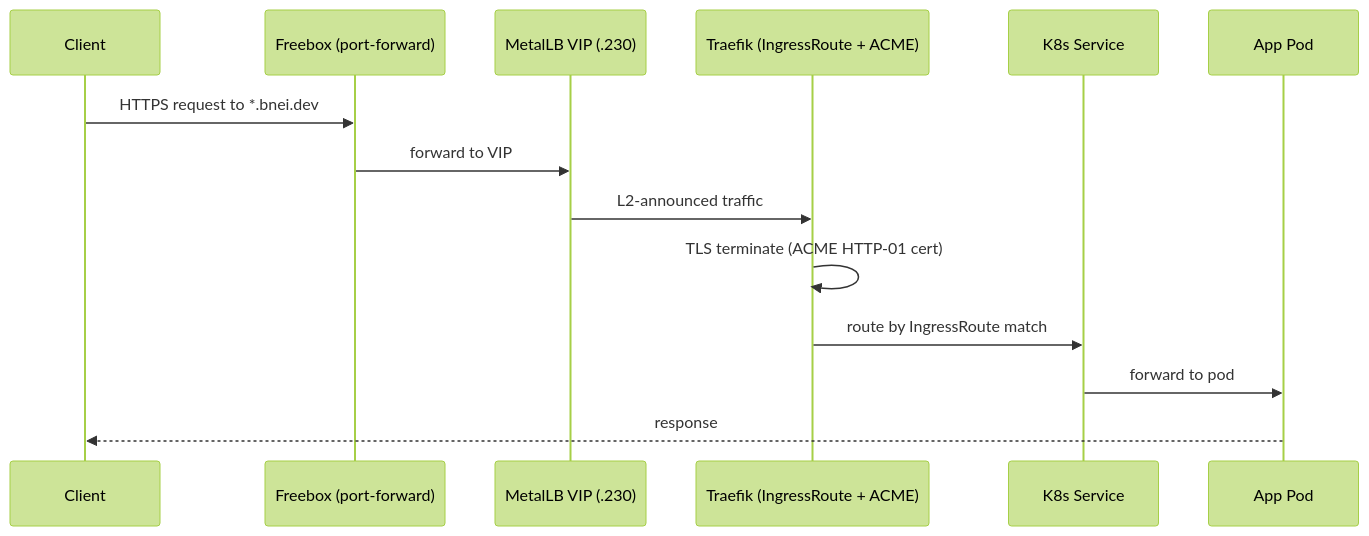
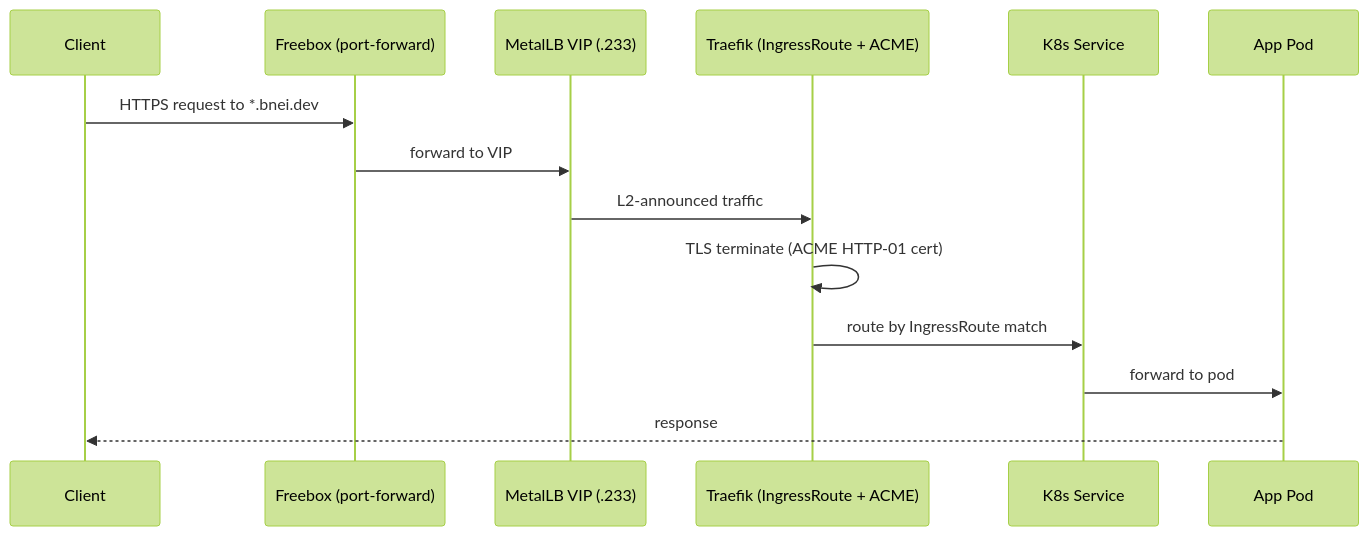
The third of 6 diagrams in ARCHITECTURE.md (MohammadBnei/infra-bootstrap), drawn with Mermaid (forest theme) before and after one commit. The commit also changed other lines of this file and 5 other files, not shown here.

````diff
--- a/ARCHITECTURE.md
+++ b/ARCHITECTURE.md
@@ -198,17 +200,17 @@
 ```mermaid
 sequenceDiagram
     participant C as Client
     participant FB as Freebox (port-forward)
-    participant MLB as MetalLB VIP (.230)
+    participant MLB as MetalLB VIP (.233)
     participant TR as Traefik (IngressRoute + ACME)
     participant SVC as K8s Service
     participant POD as App Pod
 
     C->>FB: HTTPS request to *.bnei.dev
     FB->>MLB: forward to VIP
     MLB->>TR: L2-announced traffic
     TR->>TR: TLS terminate (ACME HTTP-01 cert)
     TR->>SVC: route by IngressRoute match
     SVC->>POD: forward to pod
     POD-->>C: response
 ```
````
